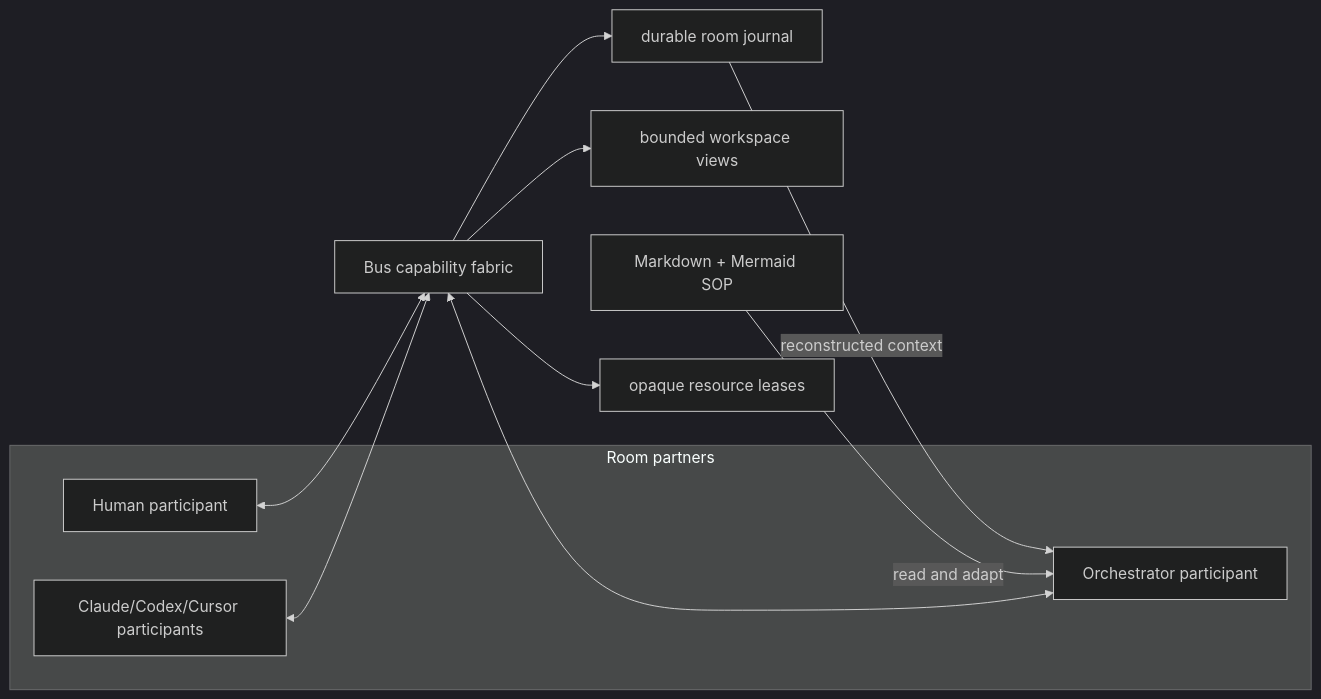
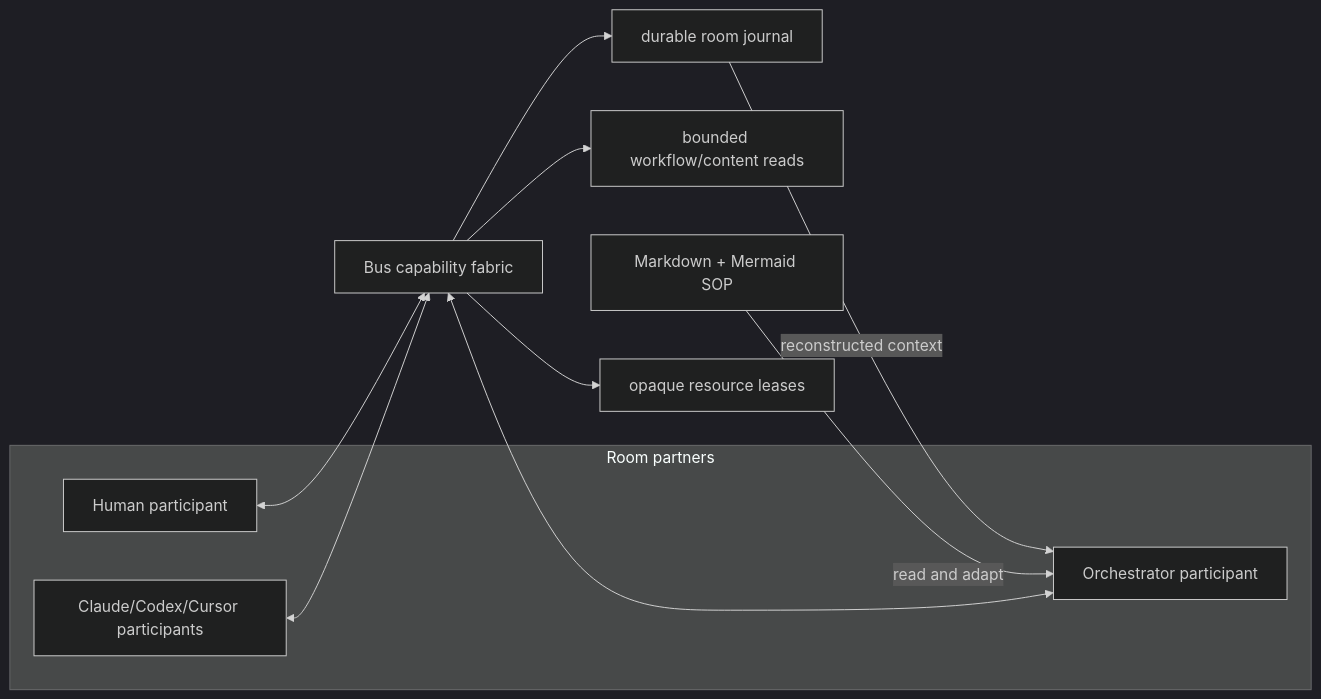
The diagram in plans/2026-09-15-room-orchestrator-agent-led-harness.md (asura1234/bus), drawn with Mermaid (dark theme) before and after one commit. The commit also changed other lines of this file, not shown here.

````diff
--- a/plans/2026-09-15-room-orchestrator-agent-led-harness.md
+++ b/plans/2026-09-15-room-orchestrator-agent-led-harness.md
@@ -94,16 +97,16 @@
 ```mermaid
 flowchart LR
     subgraph Room[Room partners]
       U[Human participant]
       O[Orchestrator participant]
       C[Claude/Codex/Cursor participants]
     end
     U <--> B[Bus capability fabric]
     O <--> B
     C <--> B
-    B --> FS[bounded workspace views]
+    B --> FS[bounded workflow/content reads]
     B --> J[durable room journal]
     B --> R[opaque resource leases]
     J -->|reconstructed context| O
     W[Markdown + Mermaid SOP] -->|read and adapt| O
 ```
````
